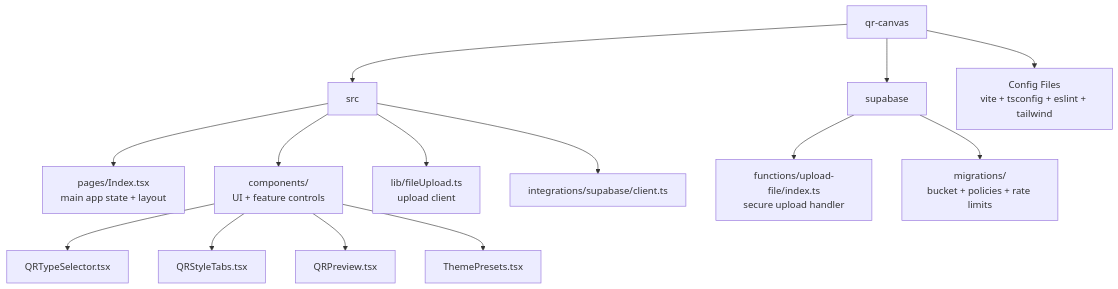
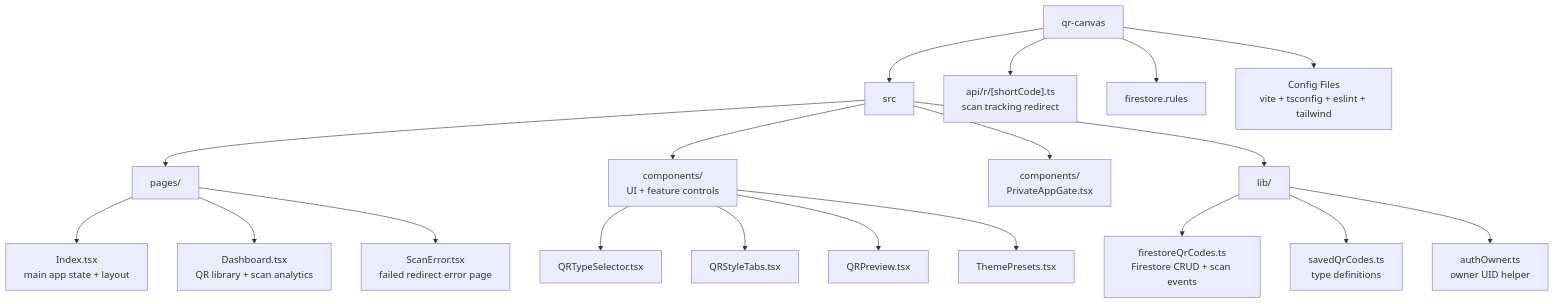
One commit to iamsainikhil/qr-canvas changed the second of 2 diagrams in README.md. Above: the diagram before and after it, drawn with Mermaid. The commit also changed other lines of this file and 5 other files, not shown here.

````diff
--- a/README.md
+++ b/README.md
@@ -98,20 +112,25 @@
 ```mermaid
 flowchart TD
 	R[qr-canvas]
 
 	R --> SRC[src]
-	SRC --> PAGES[pages/Index.tsx\nmain app state + layout]
-	SRC --> COMP[components/\nUI + feature controls]
+	SRC --> PAGES["pages/"]
+	PAGES --> IDX["Index.tsx<br/>main app state + layout"]
+	PAGES --> DASH["Dashboard.tsx<br/>QR library + scan analytics"]
+	PAGES --> SERR["ScanError.tsx<br/>failed redirect error page"]
+	SRC --> COMP["components/<br/>UI + feature controls"]
 	COMP --> QRT[QRTypeSelector.tsx]
 	COMP --> QRS[QRStyleTabs.tsx]
 	COMP --> QRP[QRPreview.tsx]
 	COMP --> THM[ThemePresets.tsx]
-	SRC --> LIB[lib/fileUpload.ts\nupload client]
-	SRC --> INT[integrations/supabase/client.ts]
+	SRC --> GATE["components/<br/>PrivateAppGate.tsx"]
+	SRC --> LIB["lib/"]
+	LIB --> FBLIB["firestoreQrCodes.ts<br/>Firestore CRUD + scan events"]
+	LIB --> SQR["savedQrCodes.ts<br/>type definitions"]
+	LIB --> AUTH["authOwner.ts<br/>owner UID helper"]
 
-	R --> SB[supabase]
-	SB --> FUNC[functions/upload-file/index.ts\nsecure upload handler]
-	SB --> MIG[migrations/\nbucket + policies + rate limits]
+	R --> API["api/r/[shortCode].ts<br/>scan tracking redirect"]
+	R --> RULES[firestore.rules]
 
-	R --> CFG[Config Files\nvite + tsconfig + eslint + tailwind]
+	R --> CFG["Config Files<br/>vite + tsconfig + eslint + tailwind"]
 ```
````
